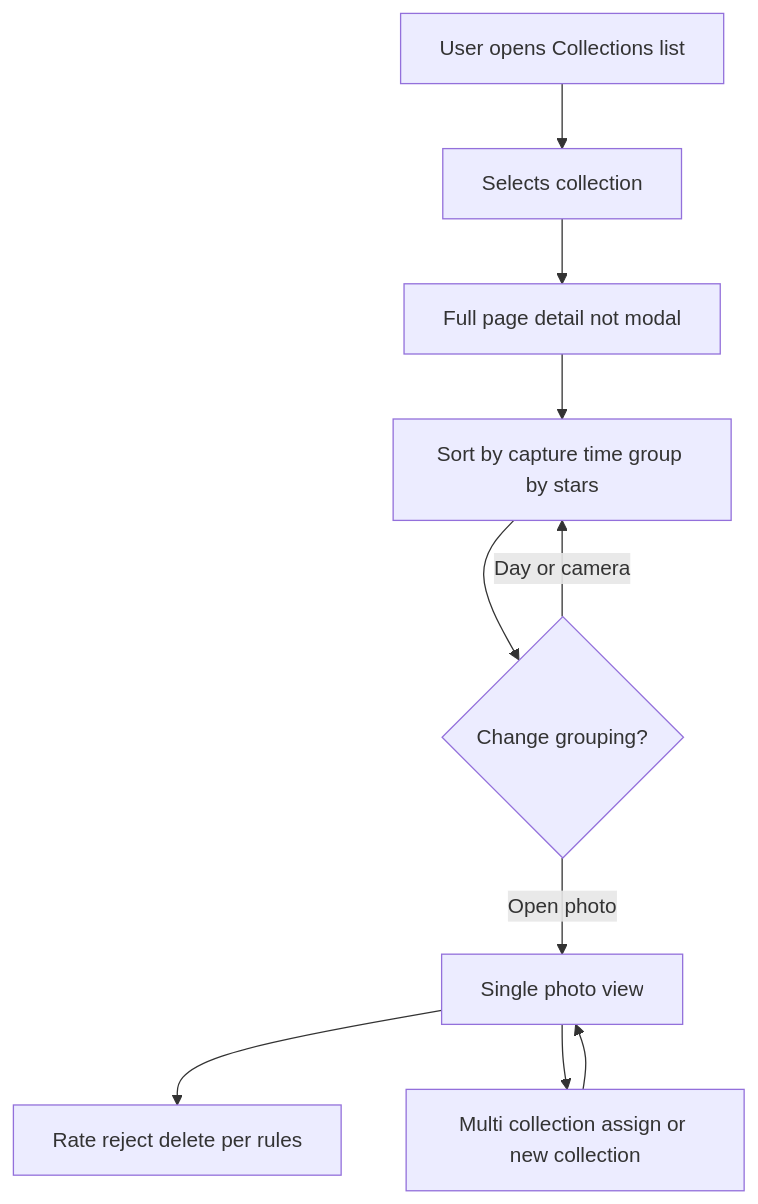
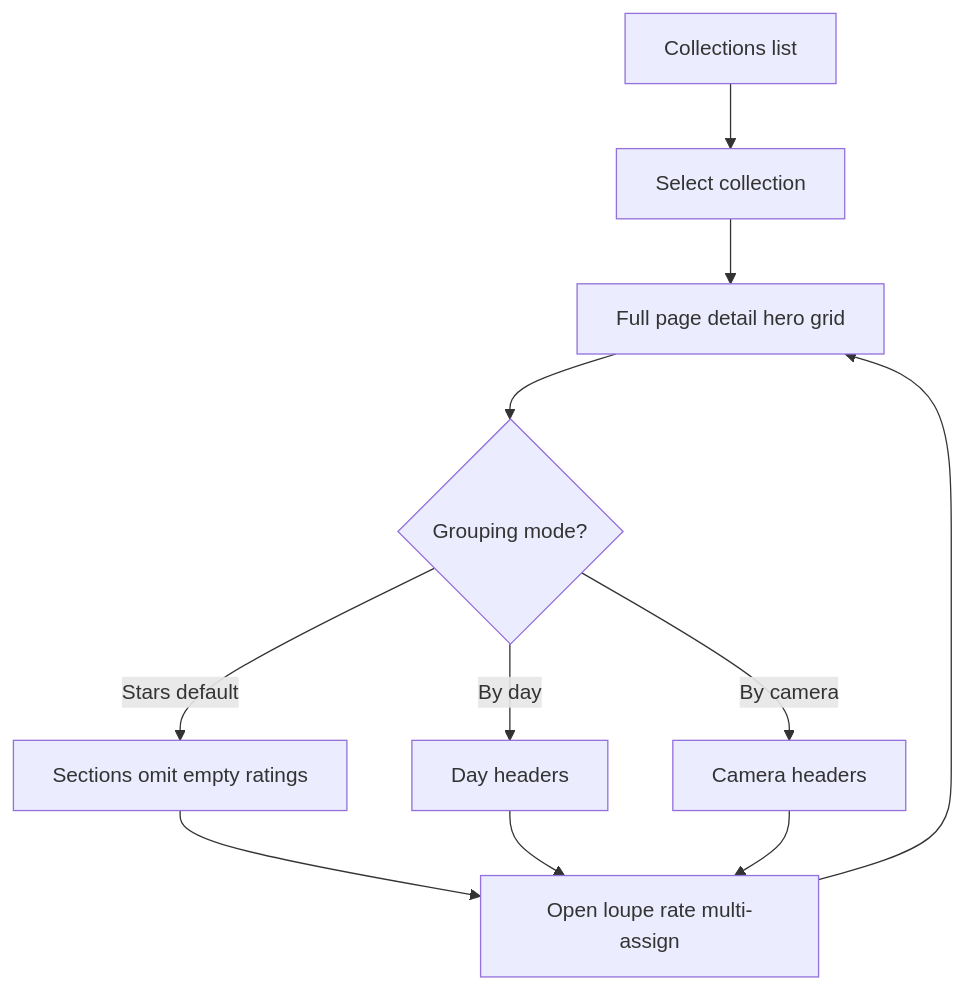
One commit to sergej-brazdeikis/photo-tool changed the third of 6 diagrams in _bmad-output/planning-artifacts/ux-design-specification.md. Above: the diagram before and after it, drawn with Mermaid. The commit also changed other lines of this file and 82 other files, not shown here.

````diff
--- a/_bmad-output/planning-artifacts/ux-design-specification.md
+++ b/_bmad-output/planning-artifacts/ux-design-specification.md
@@ -488,12 +543,13 @@
 ```mermaid
 flowchart TD
-  A[User opens Collections list] --> B[Selects collection]
-  B --> C[Full page detail not modal]
-  C --> D[Sort by capture time group by stars]
-  D --> E{Change grouping?}
-  E -->|Day or camera| D
-  E -->|Open photo| F[Single photo view]
-  F --> G[Rate reject delete per rules]
-  F --> H[Multi collection assign or new collection]
-  H --> F
+  C1[Collections list] --> C2[Select collection]
+  C2 --> C3[Full page detail hero grid]
+  C3 --> C4{Grouping mode?}
+  C4 -->|Stars default| C5[Sections omit empty ratings]
+  C4 -->|By day| C6[Day headers]
+  C4 -->|By camera| C7[Camera headers]
+  C5 --> C8[Open loupe rate multi-assign]
+  C6 --> C8
+  C7 --> C8
+  C8 --> C3
 ```
````
